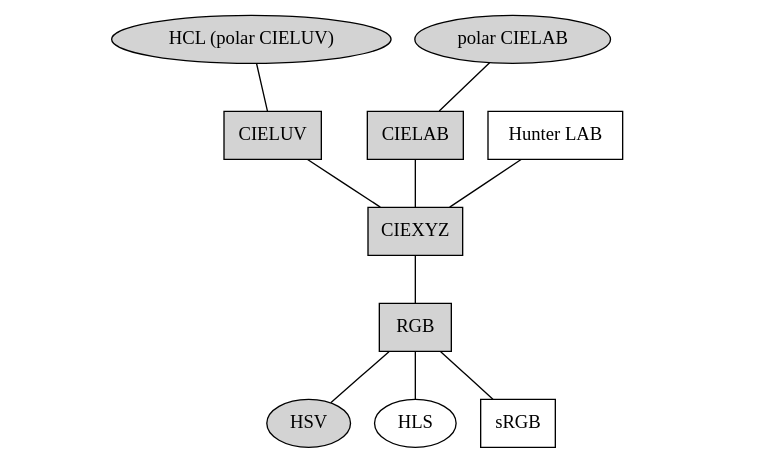
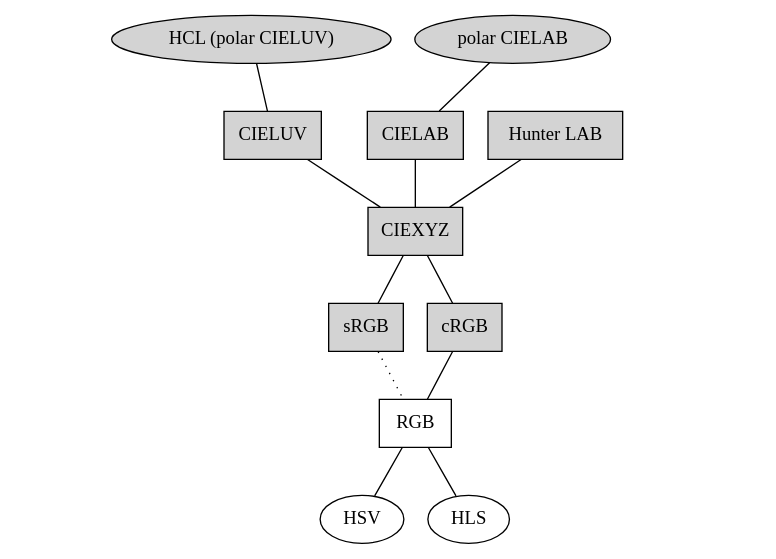
The diagram in pkg/paper/Colorspace/colorspace.dot (rforge/colorspace), drawn with Graphviz before and after one commit.

Commit message:
updated DOT file

```diff
--- a/pkg/paper/Colorspace/colorspace.dot
+++ b/pkg/paper/Colorspace/colorspace.dot
@@ -1,52 +1,60 @@
 graph colorspace {
 
 { rank = min
     L1 [label="" color=white]
     polarLUV [label = "HCL (polar CIELUV)" shape=ellipse style=filled]
     polarLAB [label = "polar CIELAB" shape=ellipse style=filled]
     R1 [label="" color=white]
 }
 
 { rank = same
     L2 [label="" color=white]
     LUV [label = "CIELUV" shape=box style=filled]
     LAB [label = "CIELAB" shape=box style=filled]
-    HunterLAB [label = "Hunter LAB" shape=box]
+    HunterLAB [label = "Hunter LAB" shape=box style=filled]
     R2 [label="" color=white]
 }
 
 { rank = same
     L3 [label="" color=white]
     XYZ [label = "CIEXYZ" shape=box style=filled]
     R3 [label="" color=white]
 }
 
 { rank = same
     L4 [label="" color=white]
-    RGB [label = "RGB" shape=box style=filled]
+    sRGB [label = "sRGB" shape=box style=filled]
+    cRGB [label = "cRGB" shape=box style=filled]
     R4 [label="" color=white]
 }
 
+{ rank = same
+    L5 [label="" color=white]
+    RGB [label = "RGB" shape=box]
+    R5 [label="" color=white]
+}
+
 { rank = max
-    L5 [label="" color=white]
-    HSV [label = "HSV" shape=ellipse style=filled]
+    L6 [label="" color=white]
+    HSV [label = "HSV" shape=ellipse]
     HLS [label = "HLS" shape=ellipse]
-    sRGB [label = "sRGB" shape=box]
-    R5 [label="" color=white]
+    R6 [label="" color=white]
 }
 
 LUV -- polarLUV
 LAB -- polarLAB
 XYZ -- LUV
 XYZ -- LAB
 XYZ -- HunterLAB
 
-XYZ -- RGB
+XYZ -- sRGB
+XYZ -- cRGB
 
+cRGB -- RGB
+sRGB -- RGB [style=dotted]
 RGB -- HSV
 RGB -- HLS
-RGB -- sRGB
 
-L1 -- L2 -- L3 -- L4 -- L5 [color=white]
-R1 -- R2 -- R3 -- R4 -- R5 [color=white]
+L1 -- L2 -- L3 -- L4 -- L5 -- L6 [color=white]
+R1 -- R2 -- R3 -- R4 -- R5 -- R6 [color=white]
 }
```
